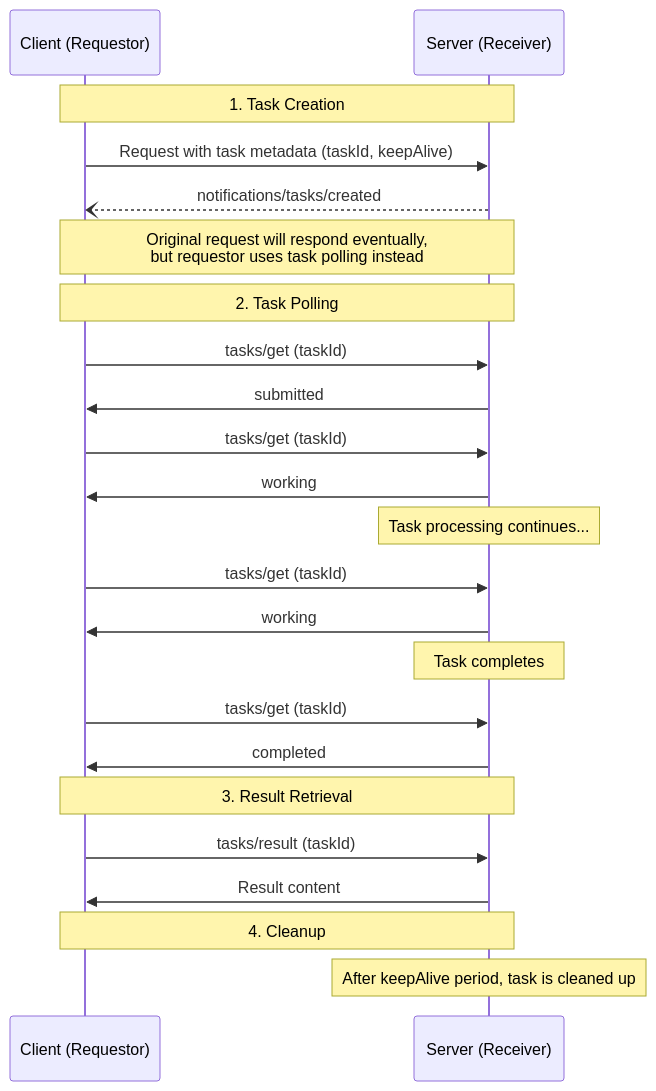
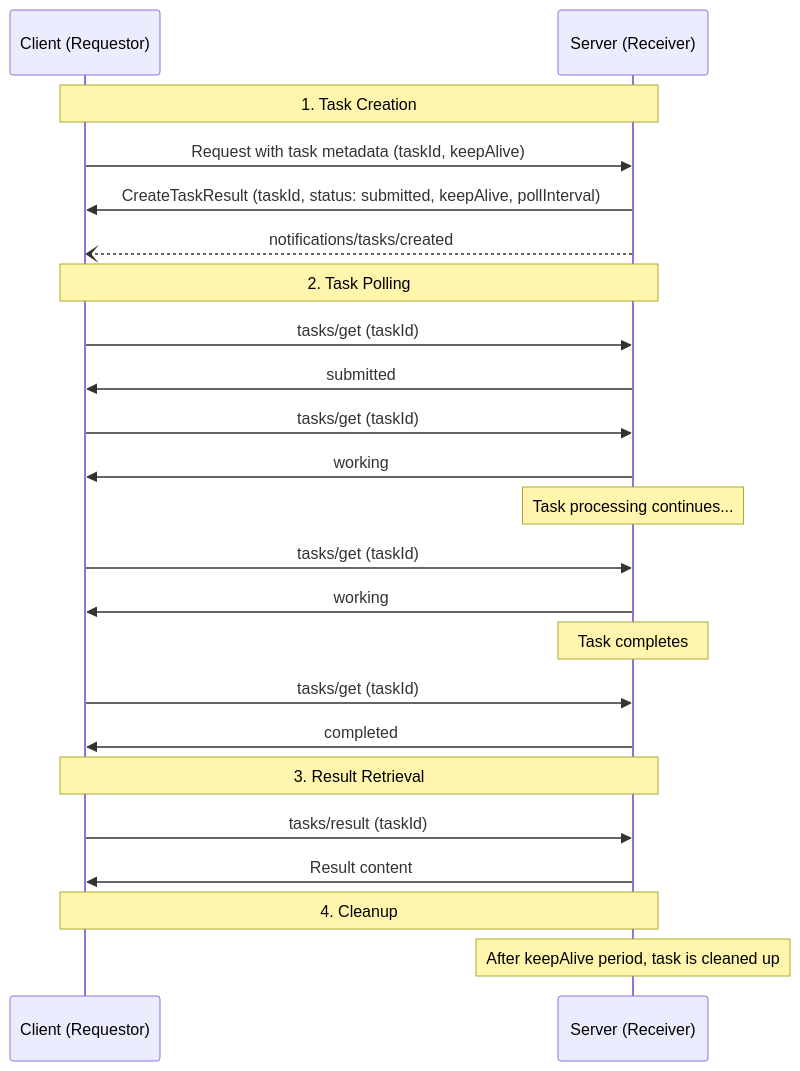
Before and after one commit to scottslewis/modelcontextprotocol: the second of 6 diagrams in docs/specification/draft/basic/utilities/tasks.mdx, drawn with Mermaid. The commit also changed other lines of this file and 3 other files, not shown here.

Commit message:
Use response instead of notification for task acceptance

````diff
--- a/docs/specification/draft/basic/utilities/tasks.mdx
+++ b/docs/specification/draft/basic/utilities/tasks.mdx
@@ -421,25 +455,25 @@
 ```mermaid
 sequenceDiagram
     participant C as Client (Requestor)
     participant S as Server (Receiver)
     Note over C,S: 1. Task Creation
     C->>S: Request with task metadata (taskId, keepAlive)
+    S->>C: CreateTaskResult (taskId, status: submitted, keepAlive, pollInterval)
     S--)C: notifications/tasks/created
-    Note over C,S: Original request will respond eventually,<br/>but requestor uses task polling instead
     Note over C,S: 2. Task Polling
     C->>S: tasks/get (taskId)
     S->>C: submitted
     C->>S: tasks/get (taskId)
     S->>C: working
     Note over S: Task processing continues...
     C->>S: tasks/get (taskId)
     S->>C: working
     Note over S: Task completes
     C->>S: tasks/get (taskId)
     S->>C: completed
     Note over C,S: 3. Result Retrieval
     C->>S: tasks/result (taskId)
     S->>C: Result content
     Note over C,S: 4. Cleanup
     Note over S: After keepAlive period, task is cleaned up
 ```
````
